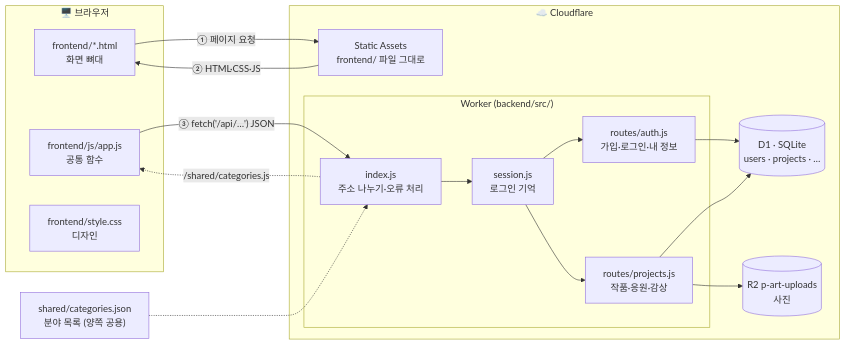
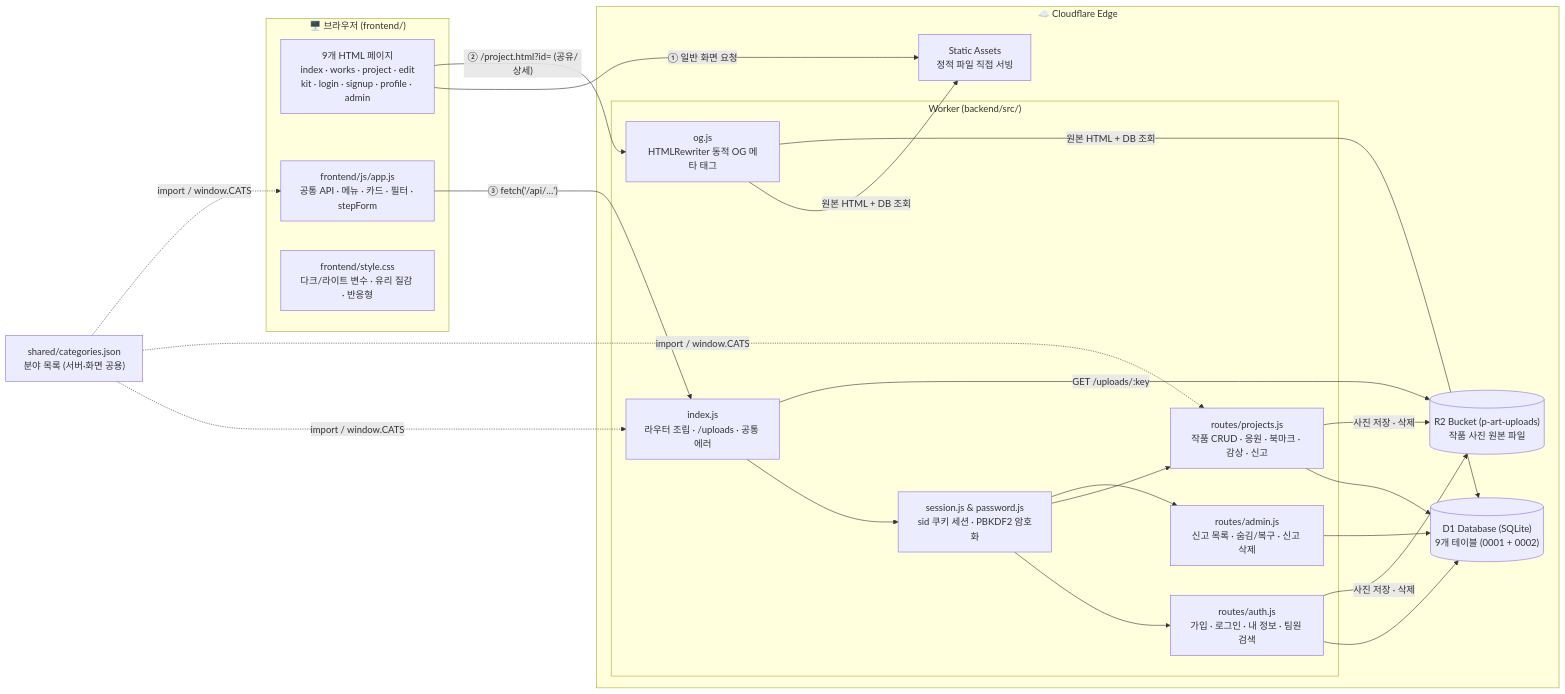
One commit to 10x4hs/p-art changed the first of 9 diagrams in docs/WORKFLOW.md. Above: the diagram before and after it, drawn with Mermaid. The commit also changed other lines of this file and 24 other files, not shown here.

````diff
--- a/docs/WORKFLOW.md
+++ b/docs/WORKFLOW.md
@@ -17,31 +23,34 @@
 ```mermaid
 flowchart LR
-  subgraph B["🖥️ 브라우저"]
-    H["frontend/*.html<br/>화면 뼈대"]
-    J["frontend/js/app.js<br/>공통 함수"]
-    C["frontend/style.css<br/>디자인"]
+  subgraph B["🖥️ 브라우저 (frontend/)"]
+    H["9개 HTML 페이지<br/>index · works · project · edit<br/>kit · login · signup · profile · admin"]
+    J["frontend/js/app.js<br/>공통 API · 메뉴 · 카드 · 필터 · stepForm"]
+    C["frontend/style.css<br/>다크/라이트 변수 · 유리 질감 · 반응형"]
   end
 
-  subgraph CF["☁️ Cloudflare"]
-    AS["Static Assets<br/>frontend/ 파일 그대로"]
+  subgraph CF["☁️ Cloudflare Edge"]
+    AS["Static Assets<br/>정적 파일 직접 서빙"]
     subgraph W["Worker (backend/src/)"]
-      IX["index.js<br/>주소 나누기·오류 처리"]
-      SE["session.js<br/>로그인 기억"]
-      AU["routes/auth.js<br/>가입·로그인·내 정보"]
-      PR["routes/projects.js<br/>작품·응원·감상"]
+      IX["index.js<br/>라우터 조립 · /uploads · 공통 에러"]
+      OG["og.js<br/>HTMLRewriter 동적 OG 메타 태그"]
+      SE["session.js & password.js<br/>sid 쿠키 세션 · PBKDF2 암호화"]
+      AU["routes/auth.js<br/>가입 · 로그인 · 내 정보 · 팀원 검색"]
+      PR["routes/projects.js<br/>작품 CRUD · 응원 · 북마크 · 감상 · 신고"]
+      AD["routes/admin.js<br/>신고 목록 · 숨김/복구 · 신고 삭제"]
     end
-    D1[("D1 · SQLite<br/>users · projects · …")]
-    R2[("R2 p-art-uploads<br/>사진")]
+    D1[("D1 Database (SQLite)<br/>9개 테이블 (0001 + 0002)")]
+    R2[("R2 Bucket (p-art-uploads)<br/>작품 사진 원본 파일")]
   end
 
-  SH["shared/categories.json<br/>분야 목록 (양쪽 공용)"]
+  SH["shared/categories.json<br/>분야 목록 (서버·화면 공용)"]
 
-  H -- "① 페이지 요청" --> AS
-  AS -- "② HTML·CSS·JS" --> H
-  J -- "③ fetch('/api/…') JSON" --> IX
-  IX --> SE --> AU & PR
-  AU & PR --> D1
-  PR --> R2
-  SH -.-> IX
-  IX -. "/shared/categories.js" .-> J
+  H -- "① 일반 화면 요청" --> AS
+  H -- "② /project.html?id= (공유/상세)" --> OG
+  OG -- "원본 HTML + DB 조회" --> AS & D1
+  J -- "③ fetch('/api/…')" --> IX
+  IX --> SE --> AU & PR & AD
+  AU & PR & AD --> D1
+  PR & AU -- "사진 저장 · 삭제" --> R2
+  IX -- "GET /uploads/:key" --> R2
+  SH -. "import / window.CATS" .-> IX & PR & J
 ```
````
